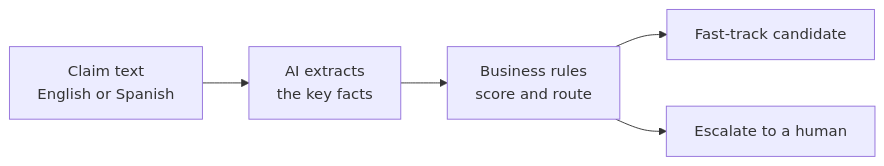
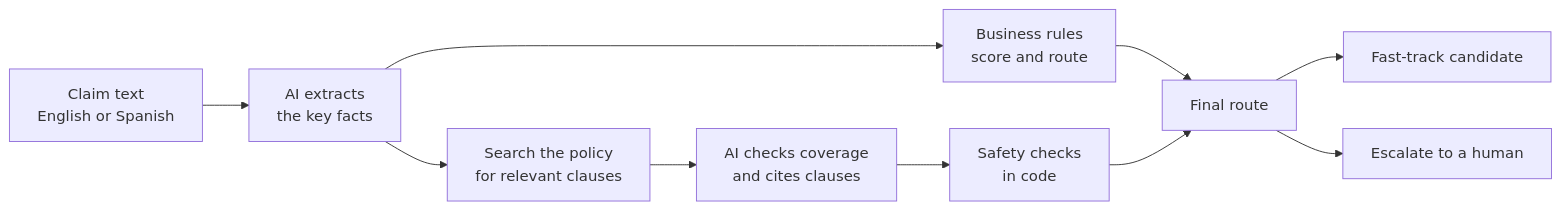
One commit to RanaFahad01/insurance-claims-copilot changed the diagram in README.md. Above: the diagram before and after it, drawn with Mermaid. The commit also changed other lines of this file and 7 other files, not shown here.

Commit message:
docs: README for the policy check, Phase 3 summary and graphic, script output folder fixes

````diff
--- a/README.md
+++ b/README.md
@@ -33,7 +82,12 @@
 ```mermaid
 flowchart LR
     A[Claim text<br/>English or Spanish] --> B[AI extracts<br/>the key facts]
     B --> C[Business rules<br/>score and route]
-    C --> D[Fast-track candidate]
-    C --> E[Escalate to a human]
+    B --> D[Search the policy<br/>for relevant clauses]
+    D --> E[AI checks coverage<br/>and cites clauses]
+    E --> F[Safety checks<br/>in code]
+    C --> G[Final route]
+    F --> G
+    G --> H[Fast-track candidate]
+    G --> I[Escalate to a human]
 ```
````
